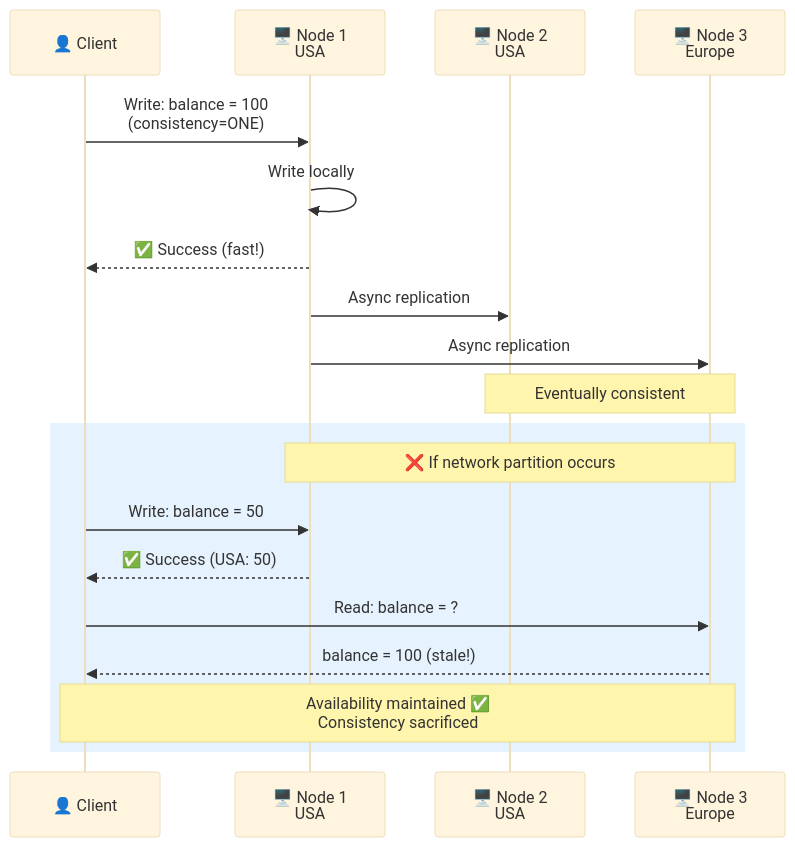
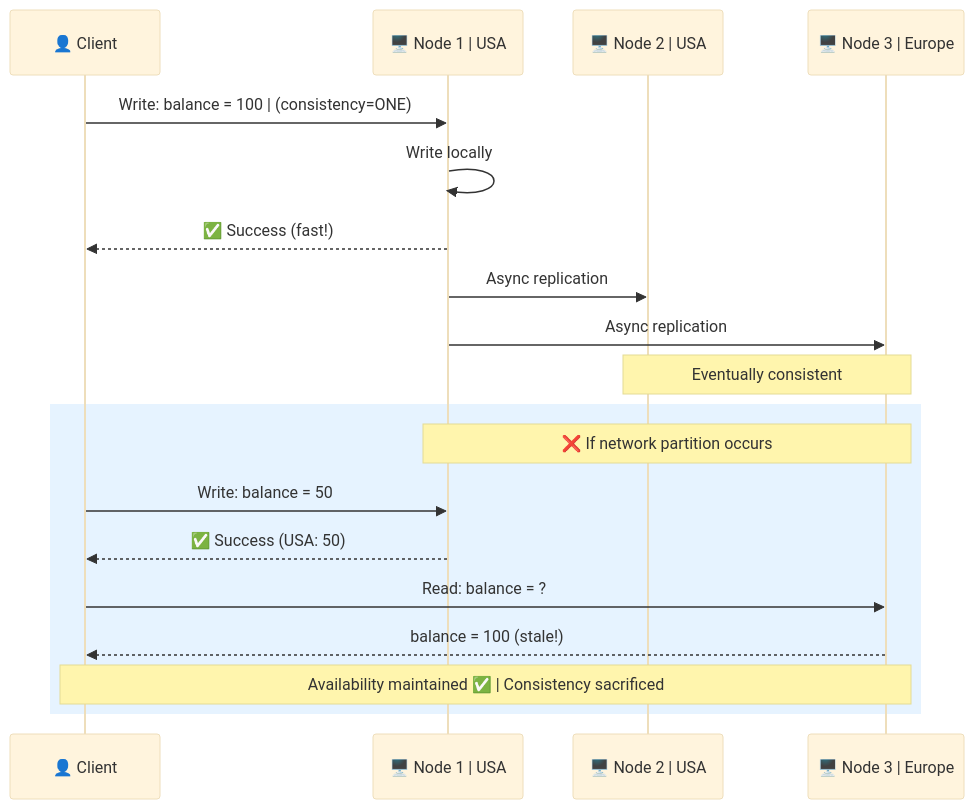
Diagram 11 of 18 in HLD/foundation/08_cap-theorem.md (p1kmr/for-reading), drawn with Mermaid (base theme) before and after one commit. The commit also changed other lines of this file and 14 other files, not shown here.

Commit message:
Fix Mermaid diagram syntax: Replace <br/> with <br> for GitHub compatibility

````diff
--- a/HLD/foundation/08_cap-theorem.md
+++ b/HLD/foundation/08_cap-theorem.md
@@ -424,28 +424,28 @@
 ```mermaid
 sequenceDiagram
     participant Client as 👤 Client
-    participant Node1 as 🖥️ Node 1<br/>USA
-    participant Node2 as 🖥️ Node 2<br/>USA
-    participant Node3 as 🖥️ Node 3<br/>Europe
+    participant Node1 as 🖥️ Node 1 | USA
+    participant Node2 as 🖥️ Node 2 | USA
+    participant Node3 as 🖥️ Node 3 | Europe
 
-    Client->>Node1: Write: balance = 100<br/>(consistency=ONE)
+    Client->>Node1: Write: balance = 100 | (consistency=ONE)
 
     Node1->>Node1: Write locally
     Node1-->>Client: ✅ Success (fast!)
 
     Node1->>Node2: Async replication
     Node1->>Node3: Async replication
 
     Note over Node2,Node3: Eventually consistent
 
     rect rgb(230, 243, 255)
         Note over Node1,Node3: ❌ If network partition occurs
         Client->>Node1: Write: balance = 50
         Node1-->>Client: ✅ Success (USA: 50)
 
         Client->>Node3: Read: balance = ?
         Node3-->>Client: balance = 100 (stale!)
 
-        Note over Client,Node3: Availability maintained ✅<br/>Consistency sacrificed
+        Note over Client,Node3: Availability maintained ✅ | Consistency sacrificed
     end
 ```
````
